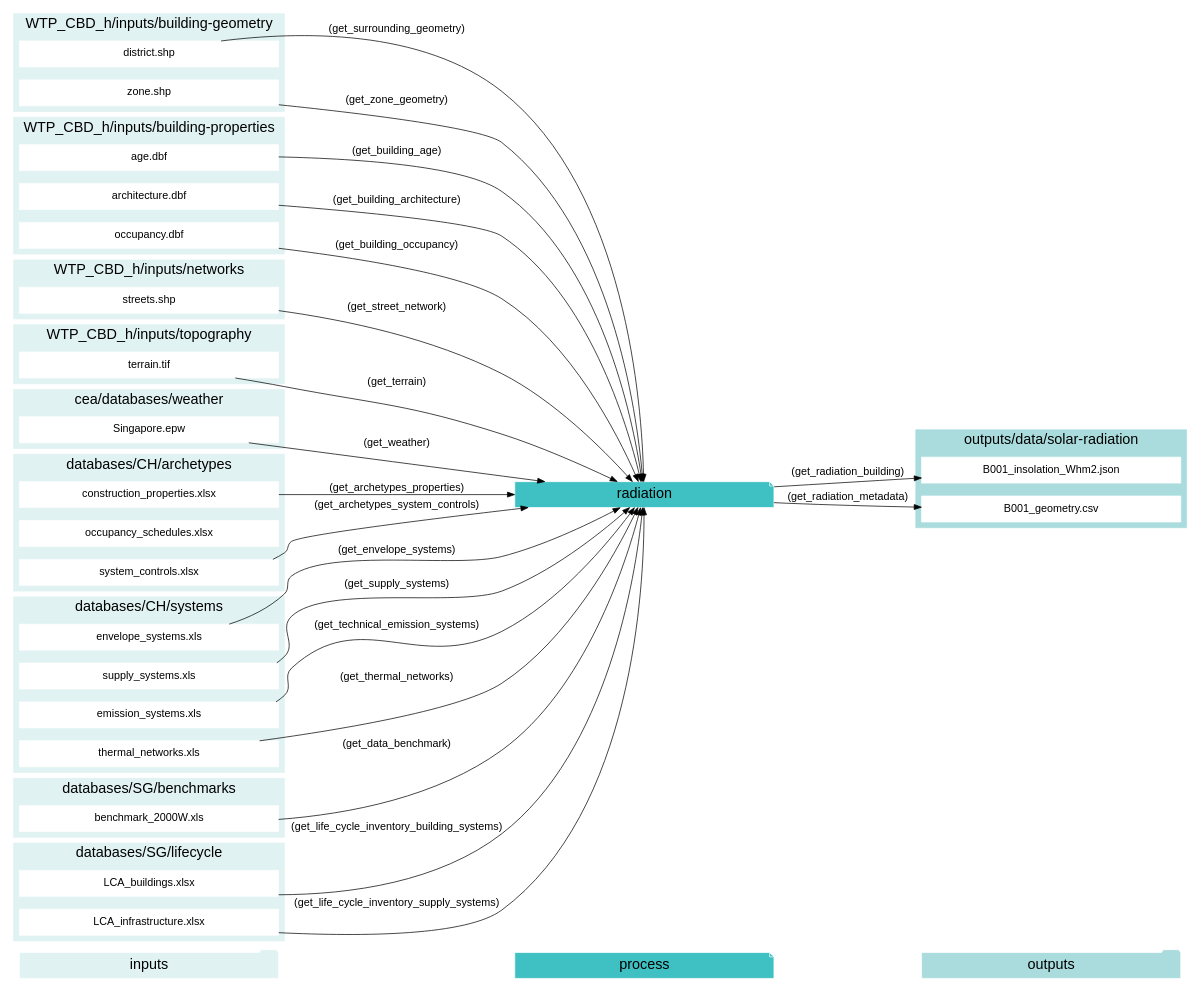
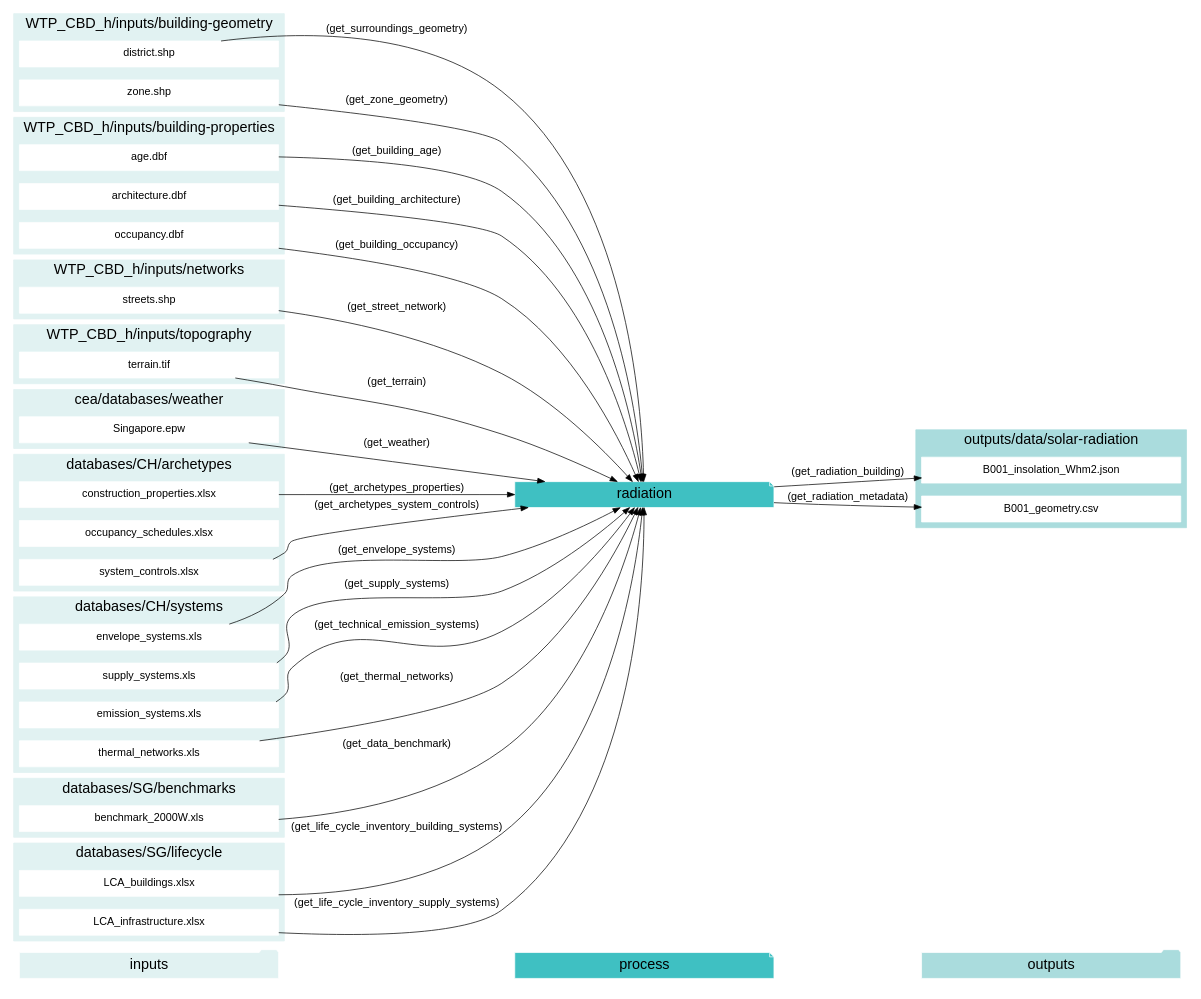
One commit to architecture-building-systems/CityEnergyAnalyst changed diagram 11 of 12 in docs/script-data-flow.rst. Above: the diagram before and after it, drawn with Graphviz. The commit also changed other lines of this file and 15 other files, not shown here.

Commit message:
rename get_surrounding_geometry to get_surroungs_geometry

```diff
--- a/docs/script-data-flow.rst
+++ b/docs/script-data-flow.rst
@@ -1576,7 +1576,7 @@
     "architecture.dbf" -> "radiation"[label="(get_building_architecture)"]
     "occupancy.dbf" -> "radiation"[label="(get_building_occupancy)"]
     "benchmark_2000W.xls" -> "radiation"[label="(get_data_benchmark)"]
-    "district.shp" -> "radiation"[label="(get_surrounding_geometry)"]
+    "district.shp" -> "radiation"[label="(get_surroundings_geometry)"]
     "envelope_systems.xls" -> "radiation"[label="(get_envelope_systems)"]
     "LCA_buildings.xlsx" -> "radiation"[label="(get_life_cycle_inventory_building_systems)"]
     "LCA_infrastructure.xlsx" -> "radiation"[label="(get_life_cycle_inventory_supply_systems)"]
```
